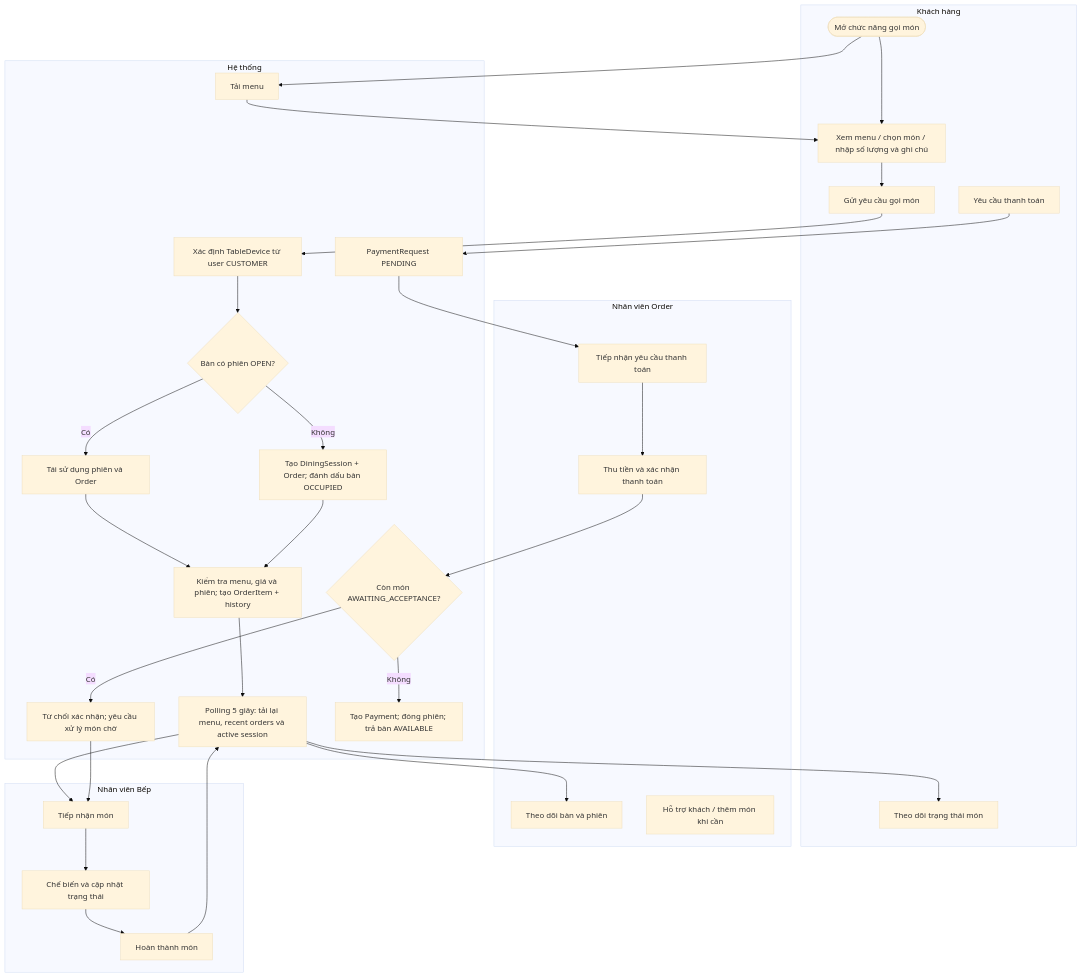
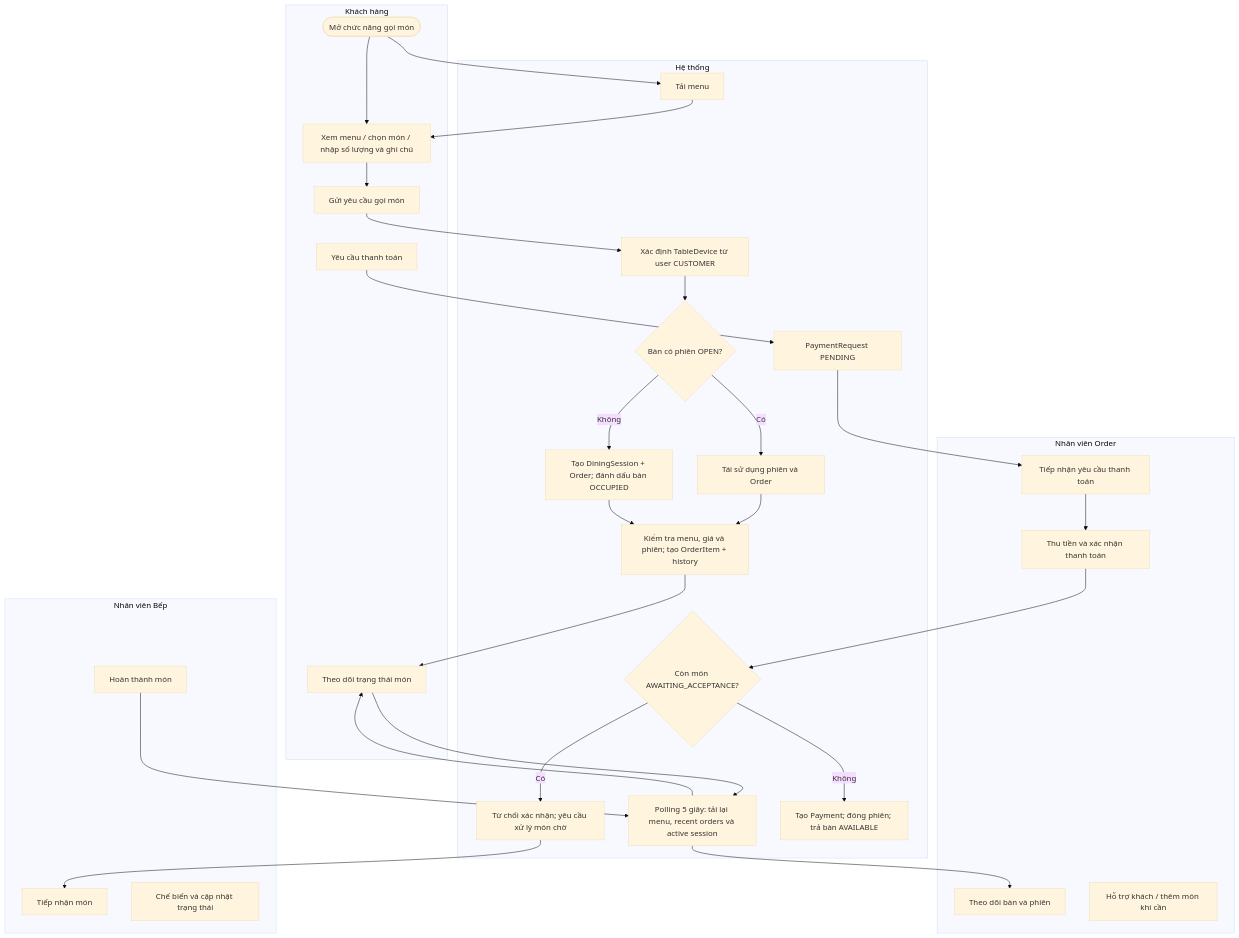
One commit to NTMHuy/ResMan changed the diagram in docs/analysis/diagrams/activity-customer-order.mmd. Above: the diagram before and after it, drawn with Mermaid (base theme).

Commit message:
docs(diagrams): correct customer polling activity loop

```diff
--- a/docs/analysis/diagrams/activity-customer-order.mmd
+++ b/docs/analysis/diagrams/activity-customer-order.mmd
@@ -1,43 +1,44 @@
 flowchart TB
   subgraph C["Khách hàng"]
     C1([Mở chức năng gọi món]) --> C2["Xem menu / chọn món / nhập số lượng và ghi chú"]
     C2 --> C3["Gửi yêu cầu gọi món"]
     C4["Theo dõi trạng thái món"]
     C5["Yêu cầu thanh toán"]
   end
   subgraph O["Nhân viên Order"]
     O1["Theo dõi bàn và phiên"]
     O2["Hỗ trợ khách / thêm món khi cần"]
     O3["Tiếp nhận yêu cầu thanh toán"]
     O4["Thu tiền và xác nhận thanh toán"]
   end
   subgraph K["Nhân viên Bếp"]
     K1["Tiếp nhận món"]
     K2["Chế biến và cập nhật trạng thái"]
     K3["Hoàn thành món"]
   end
   subgraph S["Hệ thống"]
     S1["Tải menu"]
     S2["Xác định TableDevice từ user CUSTOMER"]
     S3{"Bàn có phiên OPEN?"}
     S4["Tái sử dụng phiên và Order"]
     S5["Tạo DiningSession + Order; đánh dấu bàn OCCUPIED"]
     S6["Kiểm tra menu, giá và phiên; tạo OrderItem + history"]
     S7["Polling 5 giây: tải lại menu, recent orders và active session"]
     S8["PaymentRequest PENDING"]
     S9{"Còn món AWAITING_ACCEPTANCE?"}
     S10["Từ chối xác nhận; yêu cầu xử lý món chờ"]
     S11["Tạo Payment; đóng phiên; trả bàn AVAILABLE"]
   end
   C1 --> S1 --> C2
   C3 --> S2 --> S3
   S3 -- Có --> S4
   S3 -- Không --> S5
   S4 --> S6
   S5 --> S6
-  S6 --> S7 --> C4
-  S7 --> K1 --> K2 --> K3 --> S7
+  S6 --> C4 --> S7
+  S7 --> C4
+  K3 --> S7
   S7 --> O1
   C5 --> S8 --> O3 --> O4 --> S9
   S9 -- Có --> S10 --> K1
   S9 -- Không --> S11
```
